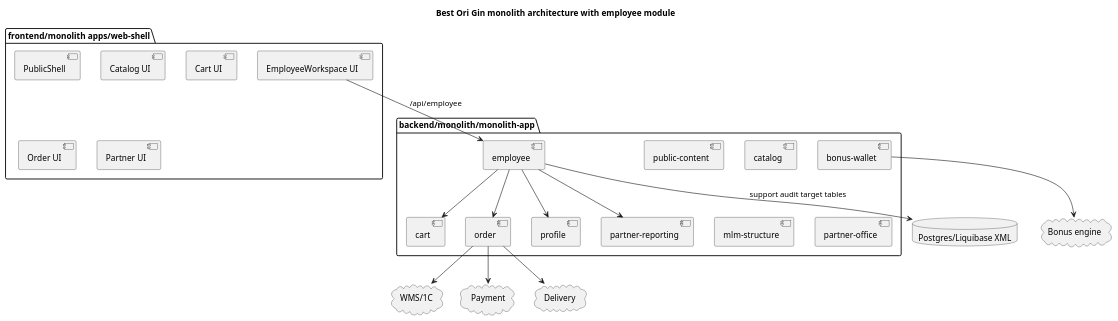
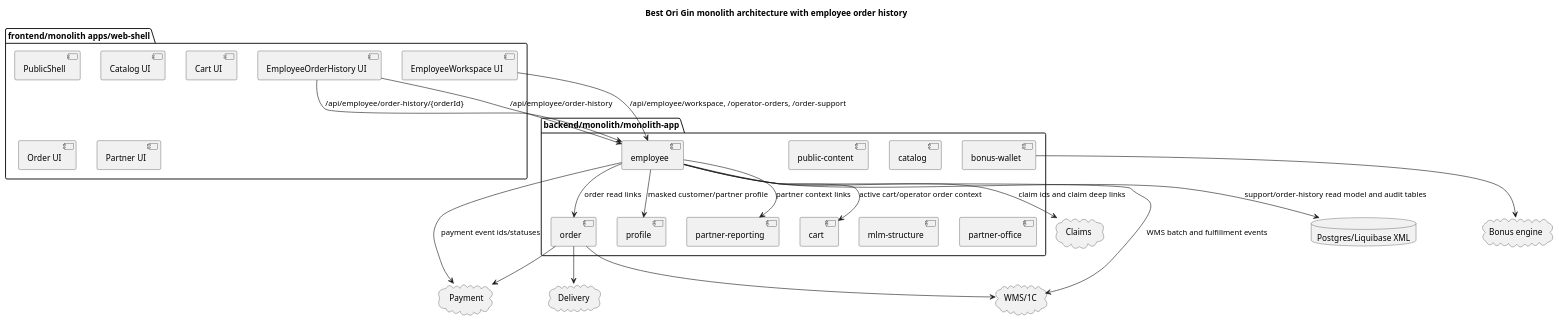
The diagram in agents/architecture/architecture.plantuml (alextaralexander/ai_ori_test), drawn with PlantUML before and after one commit. The commit also changed 39 other files, not shown here.

```diff
--- a/agents/architecture/architecture.plantuml
+++ b/agents/architecture/architecture.plantuml
@@ -1,39 +1,46 @@
 @startuml
-title Best Ori Gin monolith architecture with employee module
+title Best Ori Gin monolith architecture with employee order history
 package "frontend/monolith apps/web-shell" {
   [PublicShell]
   [Catalog UI]
   [Cart UI]
   [Order UI]
   [Partner UI]
   [EmployeeWorkspace UI]
+  [EmployeeOrderHistory UI]
 }
 package "backend/monolith/monolith-app" {
   [public-content]
   [catalog]
   [cart]
   [order]
   [profile]
   [bonus-wallet]
   [partner-reporting]
   [mlm-structure]
   [partner-office]
   [employee]
 }
 database "Postgres/Liquibase XML" as db
 cloud "WMS/1C" as wms
 cloud "Payment" as pay
 cloud "Delivery" as delivery
 cloud "Bonus engine" as bonus
+cloud "Claims" as claims
 
-[EmployeeWorkspace UI] --> [employee] : /api/employee
-[employee] --> [order]
-[employee] --> [cart]
-[employee] --> [profile]
-[employee] --> [partner-reporting]
+[EmployeeWorkspace UI] --> [employee] : /api/employee/workspace, /operator-orders, /order-support
+[EmployeeOrderHistory UI] --> [employee] : /api/employee/order-history
+[EmployeeOrderHistory UI] --> [employee] : /api/employee/order-history/{orderId}
+[employee] --> [order] : order read links
+[employee] --> [cart] : active cart/operator order context
+[employee] --> [profile] : masked customer/partner profile
+[employee] --> [partner-reporting] : partner context links
+[employee] --> claims : claim ids and claim deep links
+[employee] --> pay : payment event ids/statuses
+[employee] --> wms : WMS batch and fulfillment events
 [order] --> pay
 [order] --> delivery
 [order] --> wms
 [bonus-wallet] --> bonus
-[employee] --> db : support audit target tables
+[employee] --> db : support/order-history read model and audit tables
 @enduml
```
